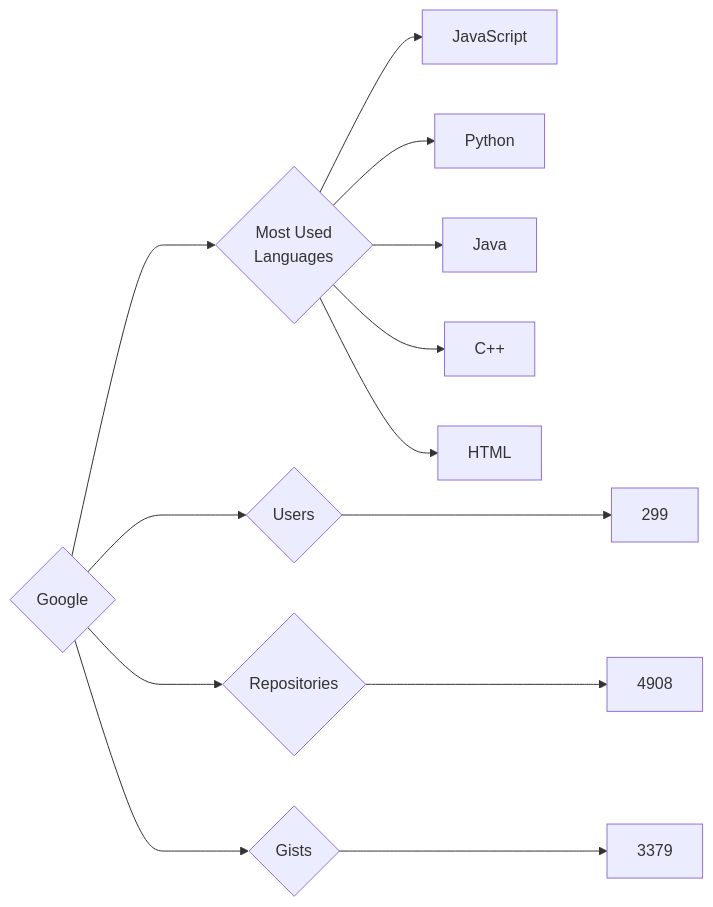
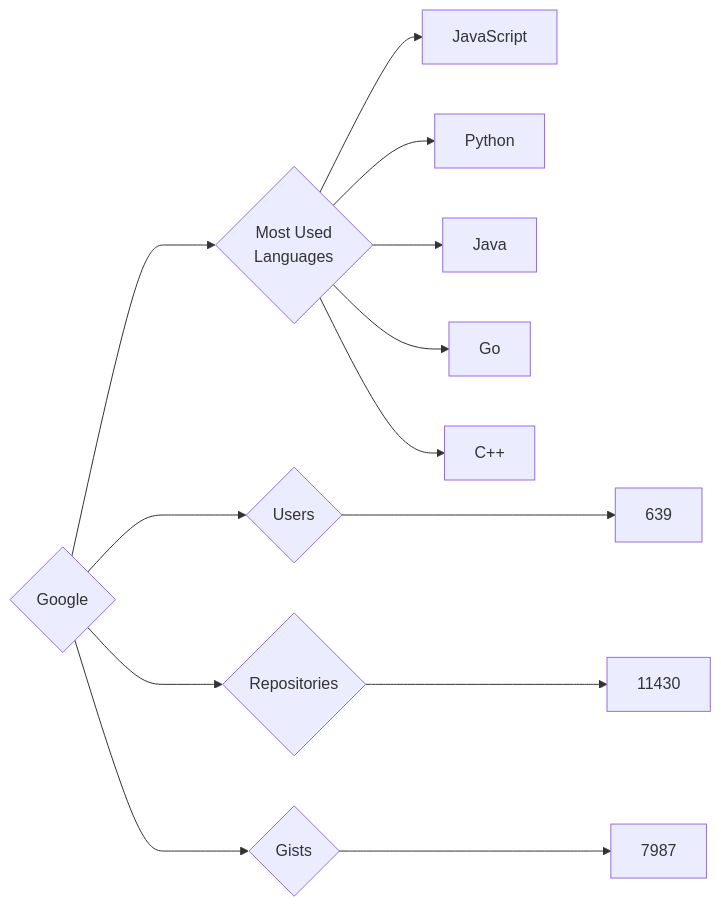
One commit to trickest/insiders changed the diagram in targets/Google/README.md. Above: the diagram before and after it, drawn with Mermaid. The commit also changed 837 other files, not shown here.

````diff
--- a/targets/Google/README.md
+++ b/targets/Google/README.md
@@ -3,13 +3,13 @@
 ```mermaid
 graph LR
 COMPANY_NAME{Google}
-COMPANY_NAME ---> U{Users} ---> UN[299]
-COMPANY_NAME ---> R{Repositories} ---> RN[4908]
-COMPANY_NAME ---> G{Gists} ---> GN[3379]
+COMPANY_NAME ---> U{Users} ---> UN[639]
+COMPANY_NAME ---> R{Repositories} ---> RN[11430]
+COMPANY_NAME ---> G{Gists} ---> GN[7987]
 COMPANY_NAME ---> ML{Most Used<br>Languages}
 ML --> JavaScript[JavaScript]
 ML --> Python[Python]
 ML --> Java[Java]
+ML --> Go[Go]
 ML --> C++[C++]
-ML --> HTML[HTML]
 ```
````
